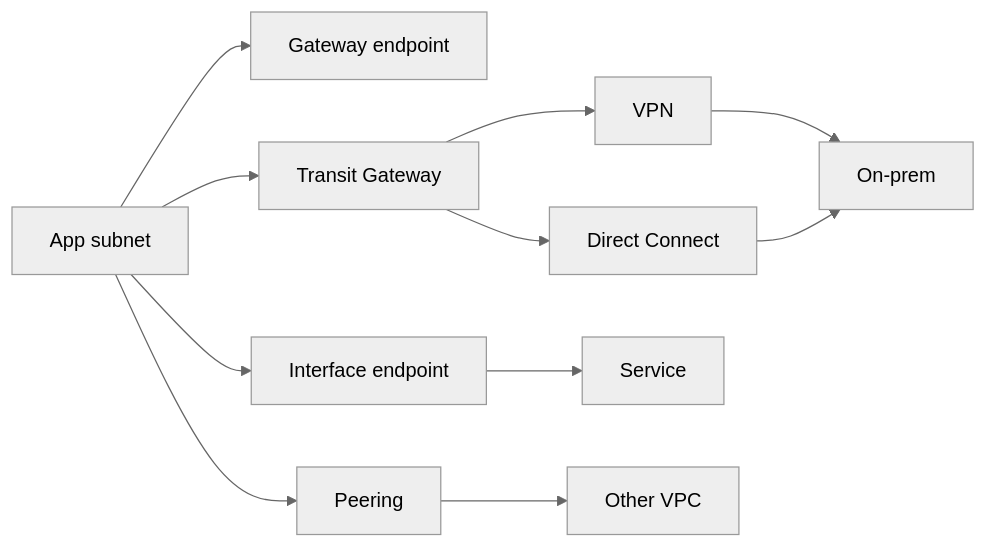
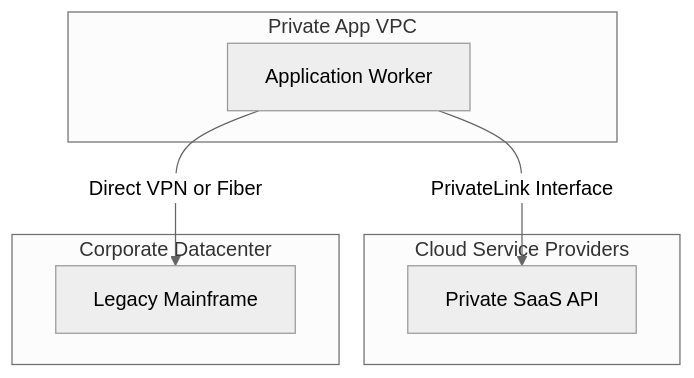
One commit to senlinyy/dev-roadmaps changed the first of 5 diagrams in cloud-providers/aws/networking-connectivity/03-connectivity-and-hybrid-networking.md. Above: the diagram before and after it, drawn with Mermaid (neutral theme). The commit also changed other lines of this file and 58 other files, not shown here.

````diff
--- a/cloud-providers/aws/networking-connectivity/03-connectivity-and-hybrid-networking.md
+++ b/cloud-providers/aws/networking-connectivity/03-connectivity-and-hybrid-networking.md
@@ -82,13 +47,15 @@
 ```mermaid
-flowchart LR
-    App["App subnet"] --> S3EP["Gateway endpoint"]
-    App --> IFEP["Interface endpoint"]
-    App --> Peer["Peering"]
-    App --> TGW["Transit Gateway"]
-    TGW --> VPN["VPN"]
-    TGW --> DX["Direct Connect"]
-    IFEP --> SaaS["Service"]
-    Peer --> OtherVPC["Other VPC"]
-    VPN --> OnPrem["On-prem"]
-    DX --> OnPrem
+flowchart TD
+    subgraph SiblingCloud["Cloud Service Providers"]
+        SaaS["Private SaaS API"]
+    end
+    subgraph CorpNet["Corporate Datacenter"]
+        Mainframe["Legacy Mainframe"]
+    end
+    subgraph CustomVPC["Private App VPC"]
+        Worker["Application Worker"]
+    end
+
+    Worker -->|PrivateLink Interface| SaaS
+    Worker -->|Direct VPN or Fiber| Mainframe
 ```
````
